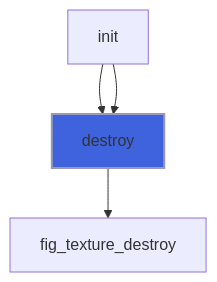
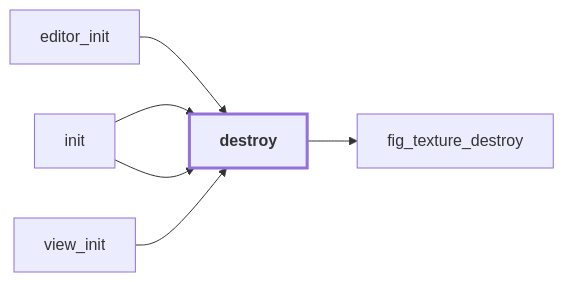
Before and after one commit to szaghi/figure: the fifth of 11 diagrams in docs/api/src/lib/figure_texture.md, drawn with Mermaid. The commit also changed other lines of this file and 54 other files, not shown here.

````diff
--- a/docs/api/src/lib/figure_texture.md
+++ b/docs/api/src/lib/figure_texture.md
@@ -156,7 +222,14 @@
 ```mermaid
-flowchart TD
+flowchart LR
+  editor_init["editor_init"] --> destroy["destroy"]
   init["init"] --> destroy["destroy"]
   init["init"] --> destroy["destroy"]
+  view_init["view_init"] --> destroy["destroy"]
   destroy["destroy"] --> fig_texture_destroy["fig_texture_destroy"]
-  style destroy fill:#3e63dd,stroke:#99b,stroke-width:2px
+  classDef focus stroke-width:3px,font-weight:bold
+  class destroy focus
+  click editor_init href "figure_editor.html#editor-init" "editor_init"
+  click init href "figure_app.html#init" "init"
+  click view_init href "figure_markdown.html#view-init" "view_init"
+  click fig_texture_destroy href "figure_c_native.html#fig-texture-destroy" "fig_texture_destroy"
 ```
````
